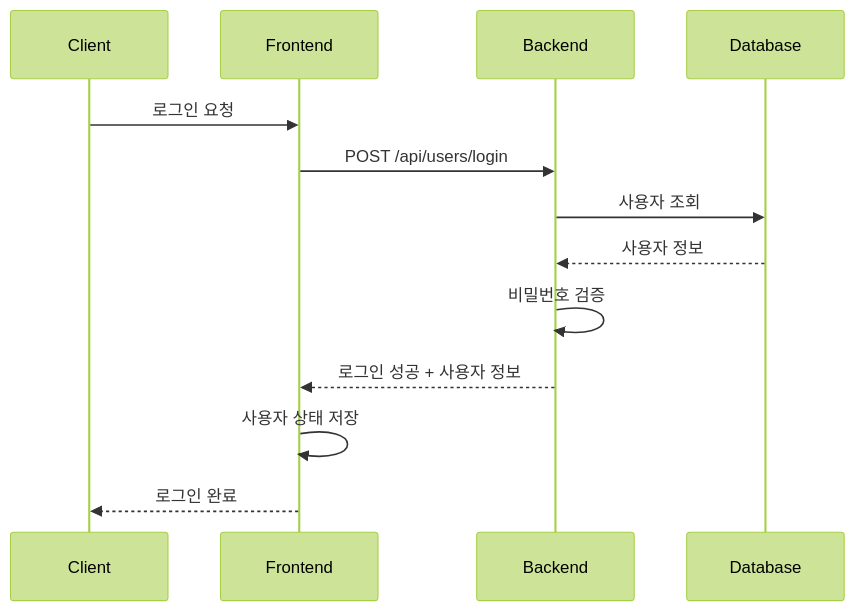
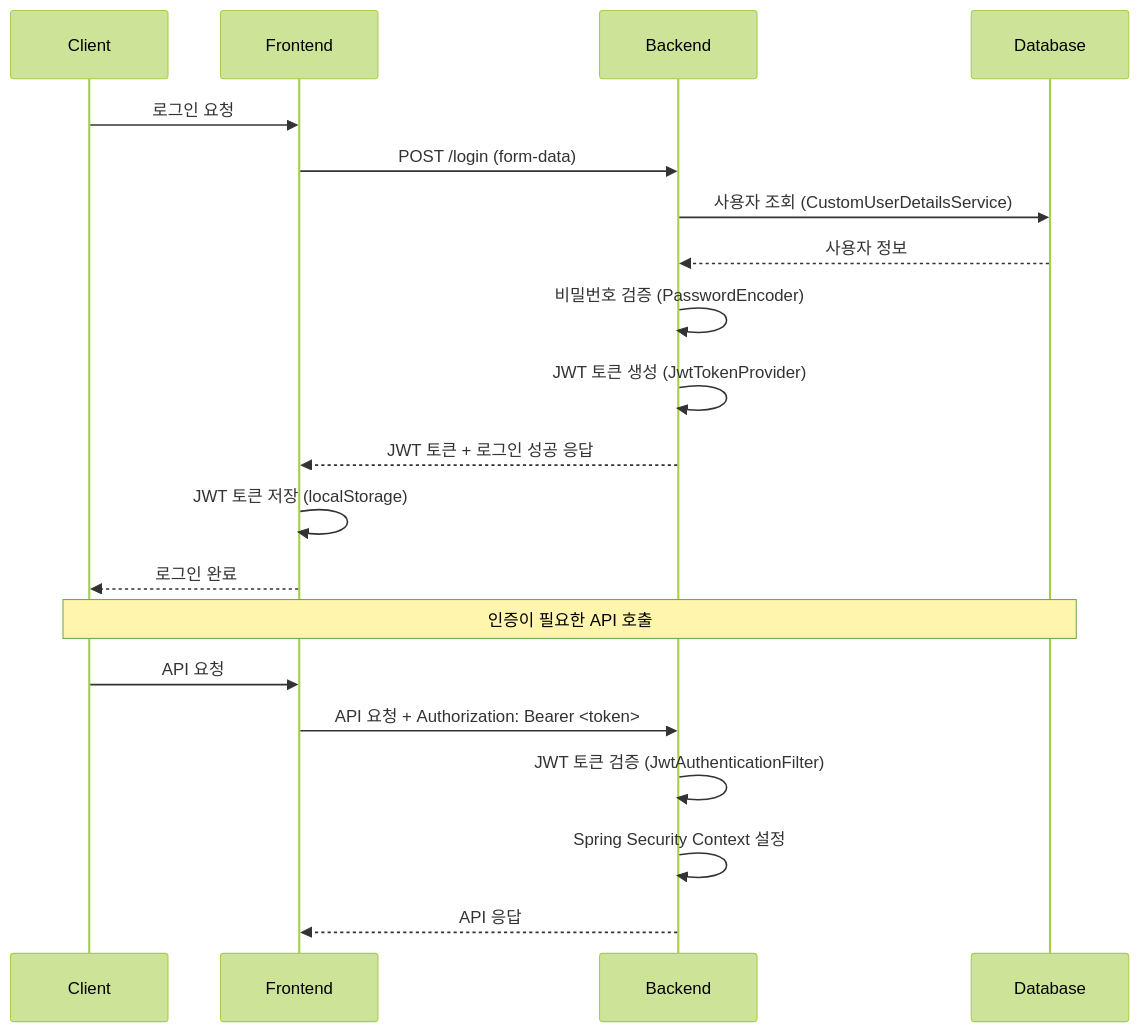
Before and after one commit to FNO012/Realworld-build-from-prd: the eighth of 18 diagrams in docs/design.md, drawn with Mermaid (forest theme). The commit also changed other lines of this file and 3 other files, not shown here.

````diff
--- a/docs/design.md
+++ b/docs/design.md
@@ -327,16 +327,24 @@
 ```mermaid
 sequenceDiagram
     participant Client
     participant Frontend
     participant Backend
     participant Database
     
     Client->>Frontend: 로그인 요청
-    Frontend->>Backend: POST /api/users/login
-    Backend->>Database: 사용자 조회
+    Frontend->>Backend: POST /login (form-data)
+    Backend->>Database: 사용자 조회 (CustomUserDetailsService)
     Database-->>Backend: 사용자 정보
-    Backend->>Backend: 비밀번호 검증
-    Backend-->>Frontend: 로그인 성공 + 사용자 정보
-    Frontend->>Frontend: 사용자 상태 저장
+    Backend->>Backend: 비밀번호 검증 (PasswordEncoder)
+    Backend->>Backend: JWT 토큰 생성 (JwtTokenProvider)
+    Backend-->>Frontend: JWT 토큰 + 로그인 성공 응답
+    Frontend->>Frontend: JWT 토큰 저장 (localStorage)
     Frontend-->>Client: 로그인 완료
+    
+    Note over Client,Database: 인증이 필요한 API 호출
+    Client->>Frontend: API 요청
+    Frontend->>Backend: API 요청 + Authorization: Bearer <token>
+    Backend->>Backend: JWT 토큰 검증 (JwtAuthenticationFilter)
+    Backend->>Backend: Spring Security Context 설정
+    Backend-->>Frontend: API 응답
 ```
````
